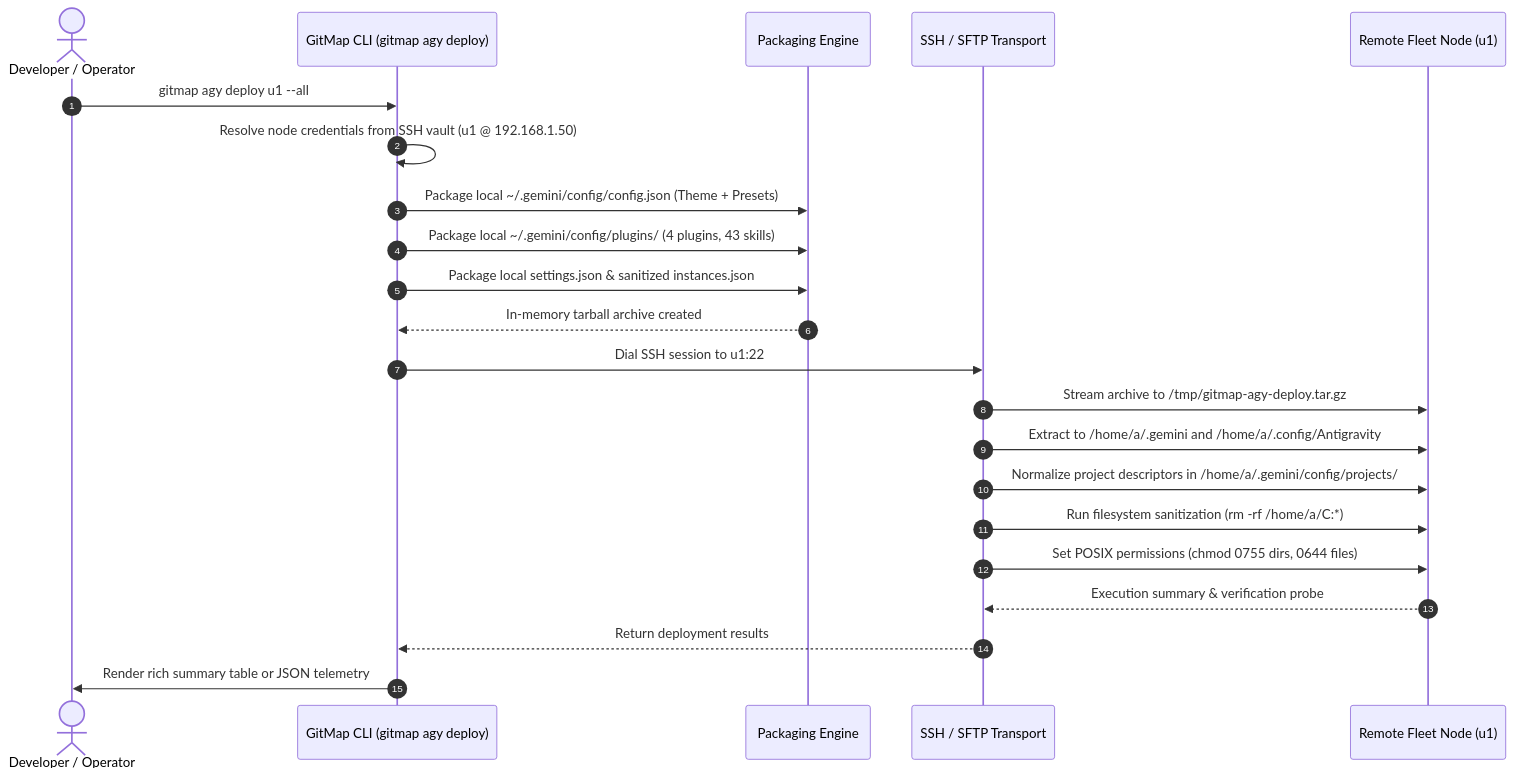
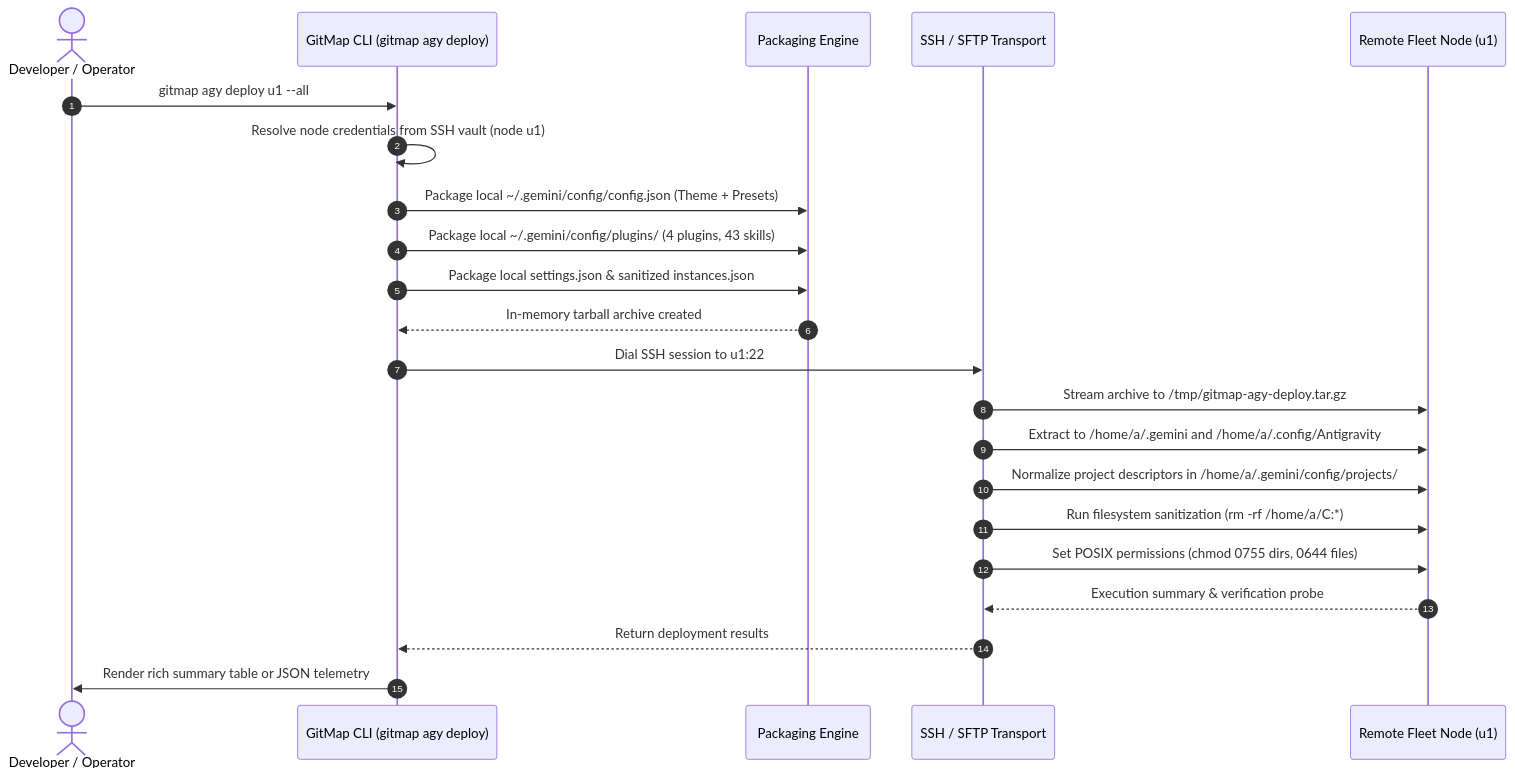
Before and after one commit to alimtvnetwork/gitmap-v28: the second of 2 diagrams in 02-spec/21-app/217-antigravity-fleet-parity-theme-preset-plugins-and-delegation/01-architecture-spec.md, drawn with Mermaid. The commit also changed other lines of this file and 26 other files, not shown here.

````diff
--- a/02-spec/21-app/217-antigravity-fleet-parity-theme-preset-plugins-and-delegation/01-architecture-spec.md
+++ b/02-spec/21-app/217-antigravity-fleet-parity-theme-preset-plugins-and-delegation/01-architecture-spec.md
@@ -487,26 +487,26 @@
 ```mermaid
 sequenceDiagram
     autonumber
     actor Admin as Developer / Operator
     participant CLI as GitMap CLI (gitmap agy deploy)
     participant Pack as Packaging Engine
     participant SSH as SSH / SFTP Transport
     participant Node as Remote Fleet Node (u1)
 
     Admin->>CLI: gitmap agy deploy u1 --all
-    CLI->>CLI: Resolve node credentials from SSH vault (u1 @ 192.168.1.50)
+    CLI->>CLI: Resolve node credentials from SSH vault (node u1)
     CLI->>Pack: Package local ~/.gemini/config/config.json (Theme + Presets)
     CLI->>Pack: Package local ~/.gemini/config/plugins/ (4 plugins, 43 skills)
     CLI->>Pack: Package local settings.json & sanitized instances.json
     Pack-->>CLI: In-memory tarball archive created
     
     CLI->>SSH: Dial SSH session to u1:22
     SSH->>Node: Stream archive to /tmp/gitmap-agy-deploy.tar.gz
     SSH->>Node: Extract to /home/a/.gemini and /home/a/.config/Antigravity
     SSH->>Node: Normalize project descriptors in /home/a/.gemini/config/projects/
     SSH->>Node: Run filesystem sanitization (rm -rf /home/a/C:*)
     SSH->>Node: Set POSIX permissions (chmod 0755 dirs, 0644 files)
     Node-->>SSH: Execution summary & verification probe
     SSH-->>CLI: Return deployment results
     CLI->>Admin: Render rich summary table or JSON telemetry
 ```
````
